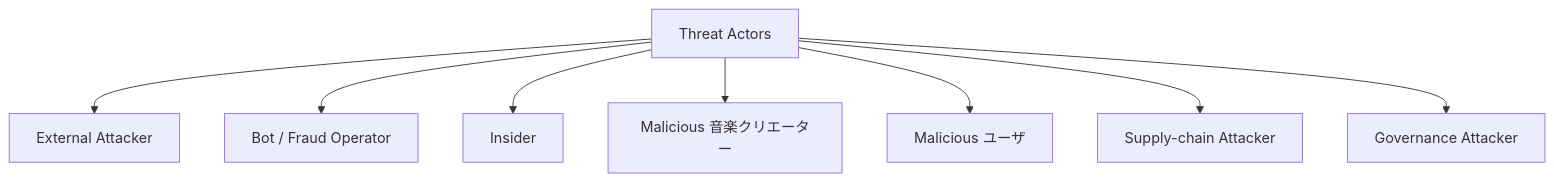
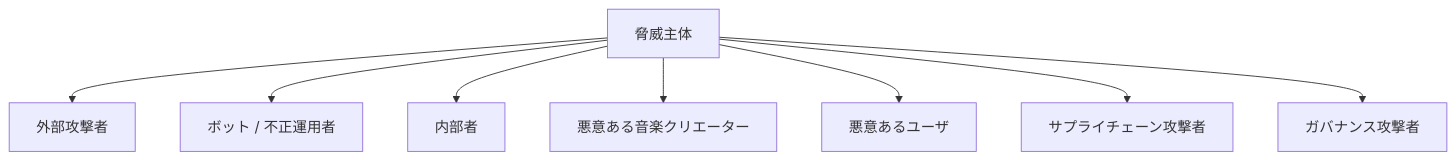
One commit to ShigeichiroYamasaki/creator-first-platform changed the second of 48 diagrams in docs/whitepaper/10-security.md. Above: the diagram before and after it, drawn with Mermaid. The commit also changed other lines of this file and 72 other files, not shown here.

````diff
--- a/docs/whitepaper/10-security.md
+++ b/docs/whitepaper/10-security.md
@@ -85,12 +85,12 @@
 ```mermaid
 flowchart TD
-    ATTACKER[Threat Actors]
+    ATTACKER[脅威主体]
 
-    ATTACKER --> EXT[External Attacker]
-    ATTACKER --> BOT[Bot / Fraud Operator]
-    ATTACKER --> INSIDER[Insider]
-    ATTACKER --> MALCREATOR[Malicious 音楽クリエーター]
-    ATTACKER --> MALUSER[Malicious ユーザ]
-    ATTACKER --> SUPPLY[Supply-chain Attacker]
-    ATTACKER --> GOVATTACK[Governance Attacker]
+    ATTACKER --> EXT[外部攻撃者]
+    ATTACKER --> BOT[ボット / 不正運用者]
+    ATTACKER --> INSIDER[内部者]
+    ATTACKER --> MALCREATOR[悪意ある音楽クリエーター]
+    ATTACKER --> MALUSER[悪意あるユーザ]
+    ATTACKER --> SUPPLY[サプライチェーン攻撃者]
+    ATTACKER --> GOVATTACK[ガバナンス攻撃者]
 ```
````
